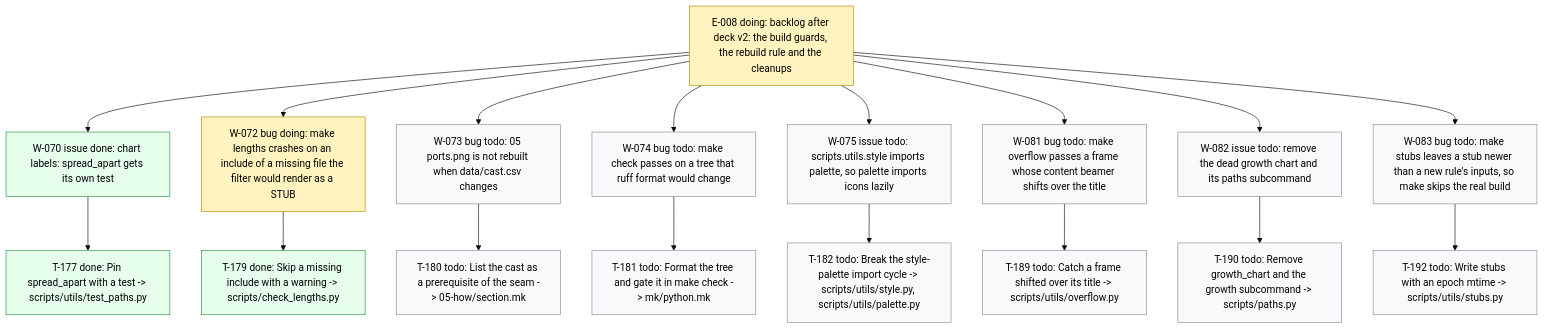
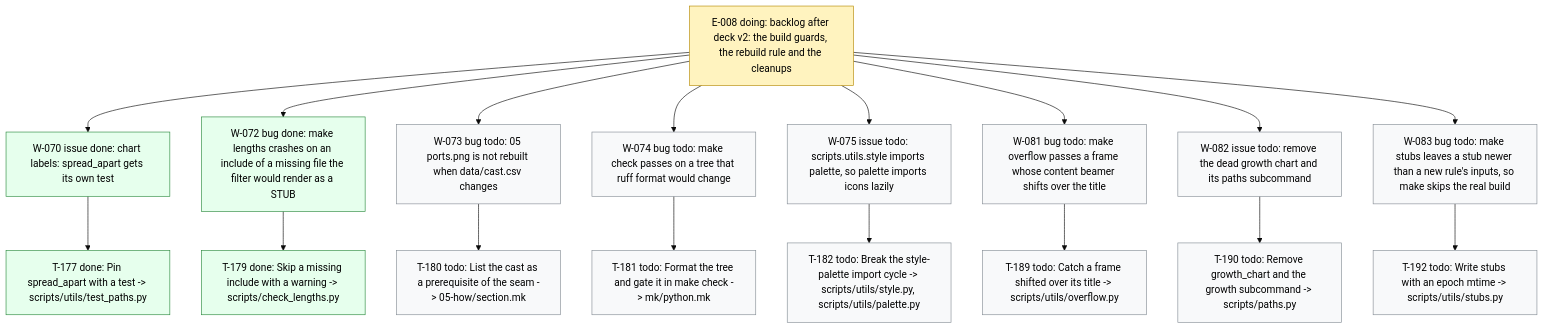
The diagram in .board/BOARD.md (dpopchev/chaos-to-simple), drawn with Mermaid (base theme) before and after one commit. The commit also changed other lines of this file and 1 other file, not shown here.

Commit message:
chore(board): close W-072 -- landed
Refs: W-072

````diff
--- a/.board/BOARD.md
+++ b/.board/BOARD.md
@@ -485,28 +485,28 @@
 ```mermaid
 flowchart TD
   E008["E-008 doing: backlog after deck v2: the build guards, the rebuild rule and the cleanups"]
   E008 --> W070["W-070 issue done: chart labels: spread_apart gets its own test"]
   W070 --> T177["T-177 done: Pin spread_apart with a test -> scripts/utils/test_paths.py"]
-  E008 --> W072["W-072 bug doing: make lengths crashes on an include of a missing file the filter would render as a STUB"]
+  E008 --> W072["W-072 bug done: make lengths crashes on an include of a missing file the filter would render as a STUB"]
   W072 --> T179["T-179 done: Skip a missing include with a warning -> scripts/check_lengths.py"]
   E008 --> W073["W-073 bug todo: 05 ports.png is not rebuilt when data/cast.csv changes"]
   W073 --> T180["T-180 todo: List the cast as a prerequisite of the seam -> 05-how/section.mk"]
   E008 --> W074["W-074 bug todo: make check passes on a tree that ruff format would change"]
   W074 --> T181["T-181 todo: Format the tree and gate it in make check -> mk/python.mk"]
   E008 --> W075["W-075 issue todo: scripts.utils.style imports palette, so palette imports icons lazily"]
   W075 --> T182["T-182 todo: Break the style-palette import cycle -> scripts/utils/style.py, scripts/utils/palette.py"]
   E008 --> W081["W-081 bug todo: make overflow passes a frame whose content beamer shifts over the title"]
   W081 --> T189["T-189 todo: Catch a frame shifted over its title -> scripts/utils/overflow.py"]
   E008 --> W082["W-082 issue todo: remove the dead growth chart and its paths subcommand"]
   W082 --> T190["T-190 todo: Remove growth_chart and the growth subcommand -> scripts/paths.py"]
   E008 --> W083["W-083 bug todo: make stubs leaves a stub newer than a new rule's inputs, so make skips the real build"]
   W083 --> T192["T-192 todo: Write stubs with an epoch mtime -> scripts/utils/stubs.py"]
   classDef doing fill:#fff3bf,stroke:#b58900,color:#000;
   classDef blocked fill:#ffe3e3,stroke:#c92a2a,color:#000;
   classDef done fill:#e6ffed,stroke:#2b8a3e,color:#000;
   classDef todo fill:#f8f9fa,stroke:#868e96,color:#000;
   classDef pruned fill:#f1f3f5,stroke:#adb5bd,color:#000;
-  class E008,W072 doing
-  class W070,T177,T179 done
+  class E008 doing
+  class W070,T177,W072,T179 done
   class W073,T180,W074,T181,W075,T182,W081,T189,W082,T190,W083,T192 todo
 ```
````
